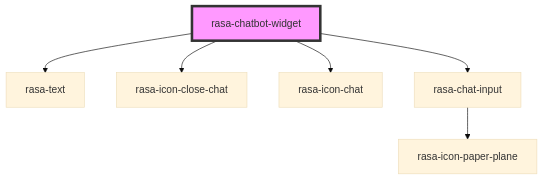
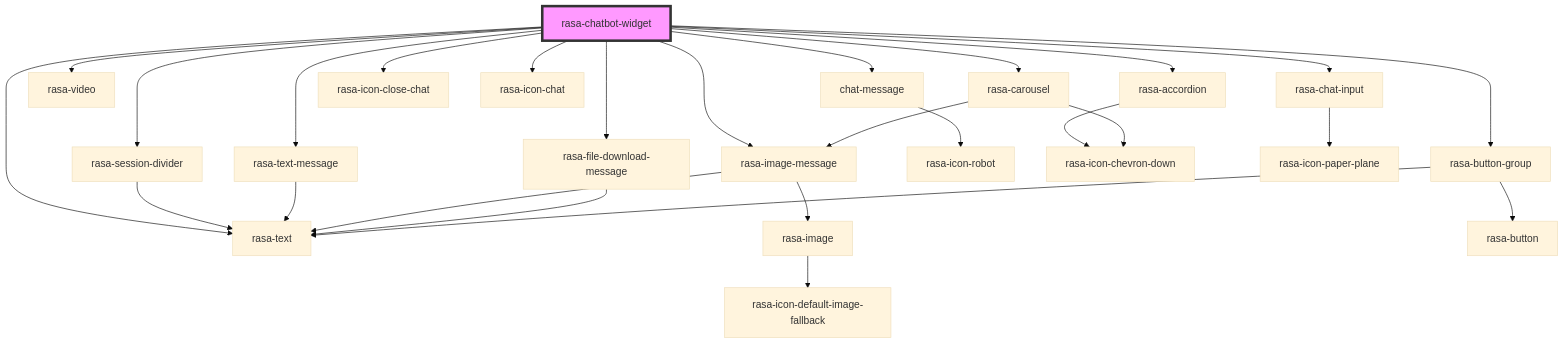
One commit to RasaHQ/chat-widget changed the diagram in packages/web-component/src/rasa-chatbot-widget/readme.md. Above: the diagram before and after it, drawn with Mermaid (base theme). The commit also changed other lines of this file and 41 other files, not shown here.

````diff
--- a/packages/web-component/src/rasa-chatbot-widget/readme.md
+++ b/packages/web-component/src/rasa-chatbot-widget/readme.md
@@ -25,9 +44,30 @@
 ```mermaid
 graph TD;
+  rasa-chatbot-widget --> rasa-session-divider
+  rasa-chatbot-widget --> chat-message
+  rasa-chatbot-widget --> rasa-text-message
+  rasa-chatbot-widget --> rasa-image-message
+  rasa-chatbot-widget --> rasa-video
+  rasa-chatbot-widget --> rasa-file-download-message
+  rasa-chatbot-widget --> rasa-accordion
   rasa-chatbot-widget --> rasa-text
+  rasa-chatbot-widget --> rasa-button-group
+  rasa-chatbot-widget --> rasa-carousel
   rasa-chatbot-widget --> rasa-icon-close-chat
   rasa-chatbot-widget --> rasa-icon-chat
   rasa-chatbot-widget --> rasa-chat-input
+  rasa-session-divider --> rasa-text
+  chat-message --> rasa-icon-robot
+  rasa-text-message --> rasa-text
+  rasa-image-message --> rasa-image
+  rasa-image-message --> rasa-text
+  rasa-image --> rasa-icon-default-image-fallback
+  rasa-file-download-message --> rasa-text
+  rasa-accordion --> rasa-icon-chevron-down
+  rasa-button-group --> rasa-button
+  rasa-button-group --> rasa-text
+  rasa-carousel --> rasa-image-message
+  rasa-carousel --> rasa-icon-chevron-down
   rasa-chat-input --> rasa-icon-paper-plane
   style rasa-chatbot-widget fill:#f9f,stroke:#333,stroke-width:4px
 ```
````
